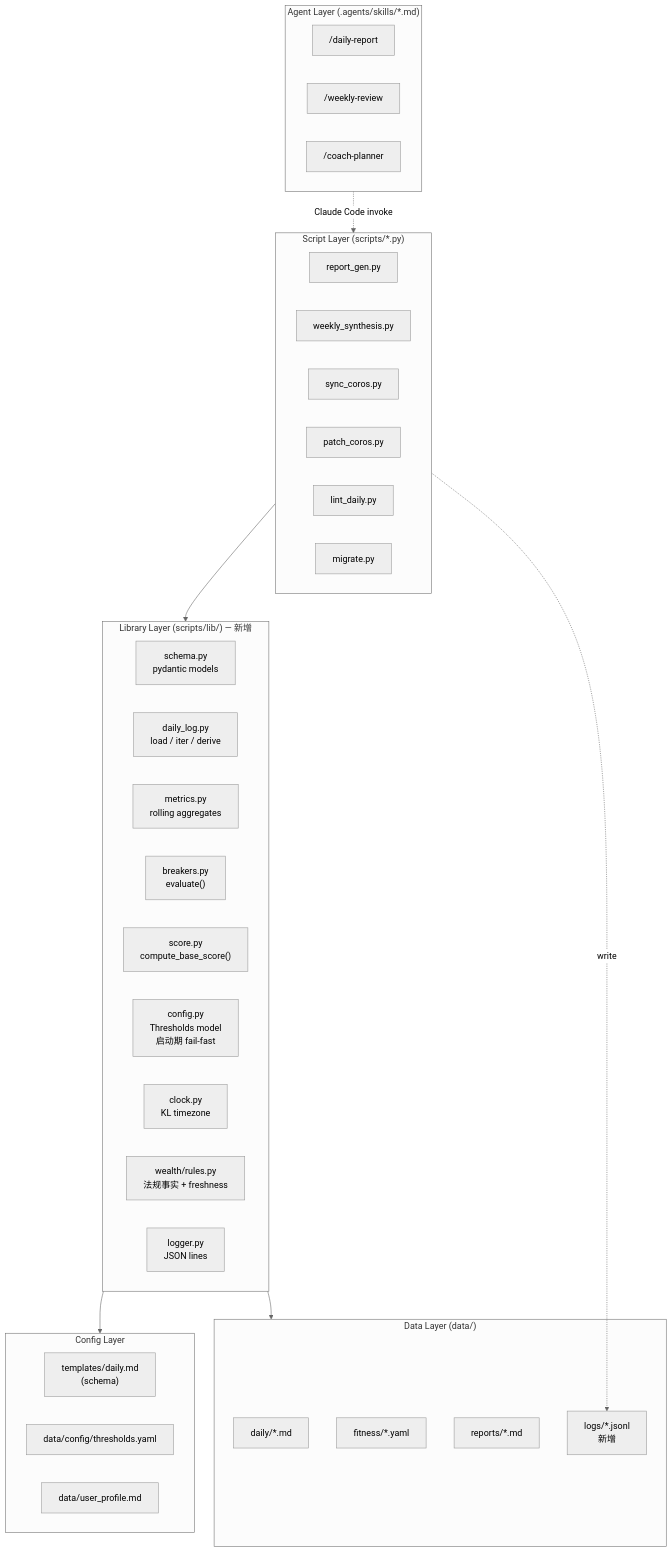
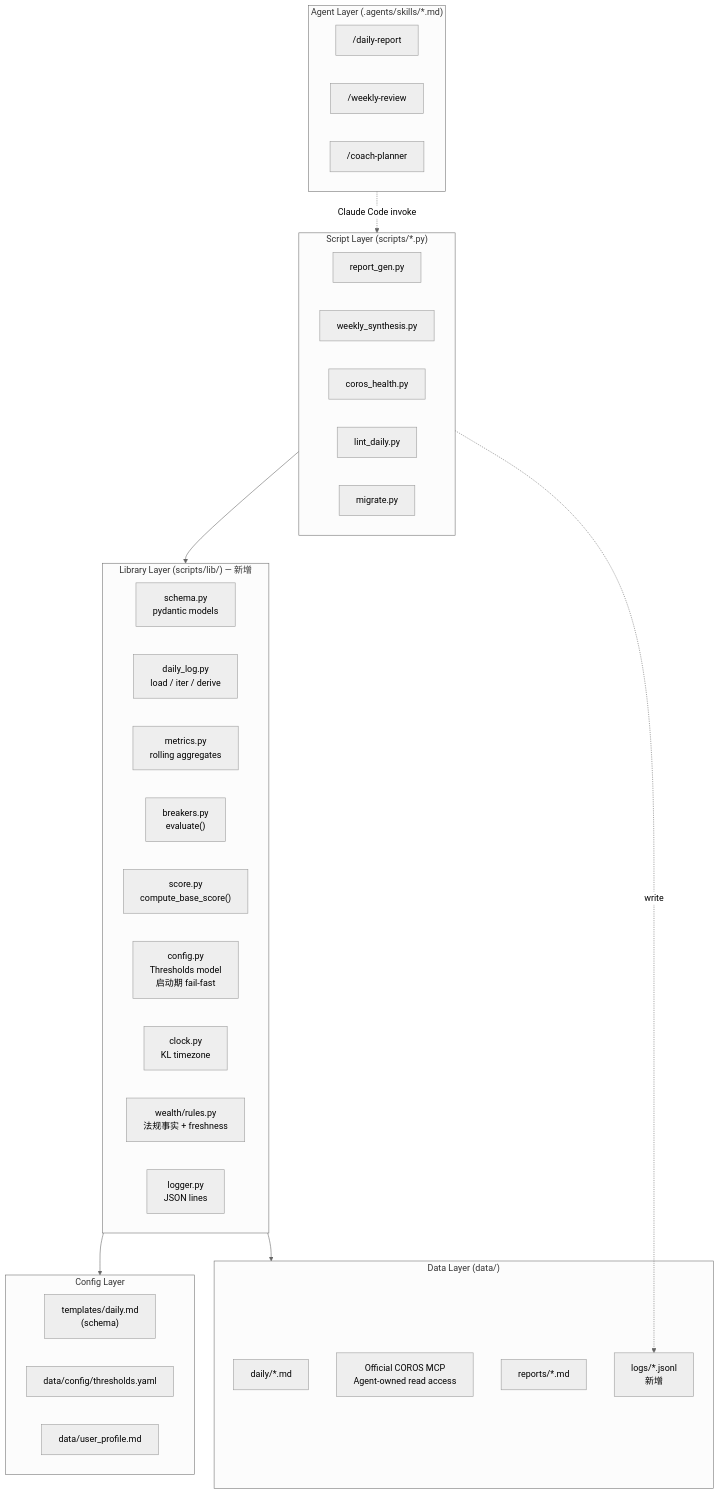
One commit to KelvinYou/personal-os changed the seventh of 7 diagrams in ARCHITECTURE.md. Above: the diagram before and after it, drawn with Mermaid (neutral theme). The commit also changed other lines of this file and 19 other files, not shown here.

Commit message:
docs: update architecture, workflow SOP, roadmap and correction queue

````diff
--- a/ARCHITECTURE.md
+++ b/ARCHITECTURE.md
@@ -405,48 +384,47 @@
 ```mermaid
 graph TB
     subgraph Agent ["Agent Layer (.agents/skills/*.md)"]
         DR["/daily-report"]
         WR["/weekly-review"]
         CP["/coach-planner"]
     end
 
     subgraph Script ["Script Layer (scripts/*.py)"]
         RG["report_gen.py"]
         WS["weekly_synthesis.py"]
-        SC["sync_coros.py"]
-        PC["patch_coros.py"]
+        CH["coros_health.py"]
         LD["lint_daily.py"]
         MG["migrate.py"]
     end
 
     subgraph Library ["Library Layer (scripts/lib/) — 新增"]
         SCHEMA["schema.py<br/>pydantic models"]
         DAILY["daily_log.py<br/>load / iter / derive"]
         METRIC["metrics.py<br/>rolling aggregates"]
         BRK["breakers.py<br/>evaluate()"]
         SCORE["score.py<br/>compute_base_score()"]
         CFG["config.py<br/>Thresholds model<br/>启动期 fail-fast"]
         CLOCK["clock.py<br/>KL timezone"]
         WRULES["wealth/rules.py<br/>法规事实 + freshness"]
         LOG["logger.py<br/>JSON lines"]
     end
 
     subgraph Data ["Data Layer (data/)"]
         DL["daily/*.md"]
-        FIT["fitness/*.yaml"]
+        MCP["Official COROS MCP<br/>Agent-owned read access"]
         RPT["reports/*.md"]
         LOGS["logs/*.jsonl<br/>新增"]
     end
 
     subgraph Config ["Config Layer"]
         TMPL["templates/daily.md<br/>(schema)"]
         THR["data/config/thresholds.yaml"]
         UP["data/user_profile.md"]
     end
 
     Agent -. "Claude Code invoke" .-> Script
     Script --> Library
     Library --> Data
     Library --> Config
     Script -. "write" .-> LOGS
 ```
````
